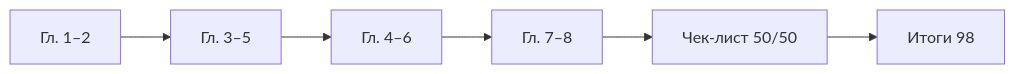
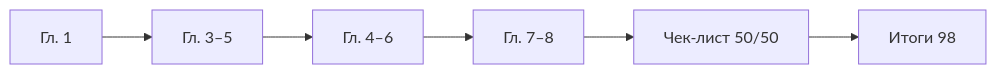
The diagram in docs/encyclopedia/1-basics/1-035-bazovaya-informatika/99.md (Spirzen/it-knowledge-base), drawn with Mermaid before and after one commit. The commit also changed other lines of this file and 199 other files, not shown here.

````diff
--- a/docs/encyclopedia/1-basics/1-035-bazovaya-informatika/99.md
+++ b/docs/encyclopedia/1-basics/1-035-bazovaya-informatika/99.md
@@ -344,8 +278,8 @@
 ```mermaid
 flowchart LR
-    A["Гл. 1–2"] --> B["Гл. 3–5"]
+    A["Гл. 1"] --> B["Гл. 3–5"]
     B --> C["Гл. 4–6"]
     C --> D["Гл. 7–8"]
     D --> E["Чек-лист 50/50"]
     E --> F["Итоги 98"]
 ```
````
